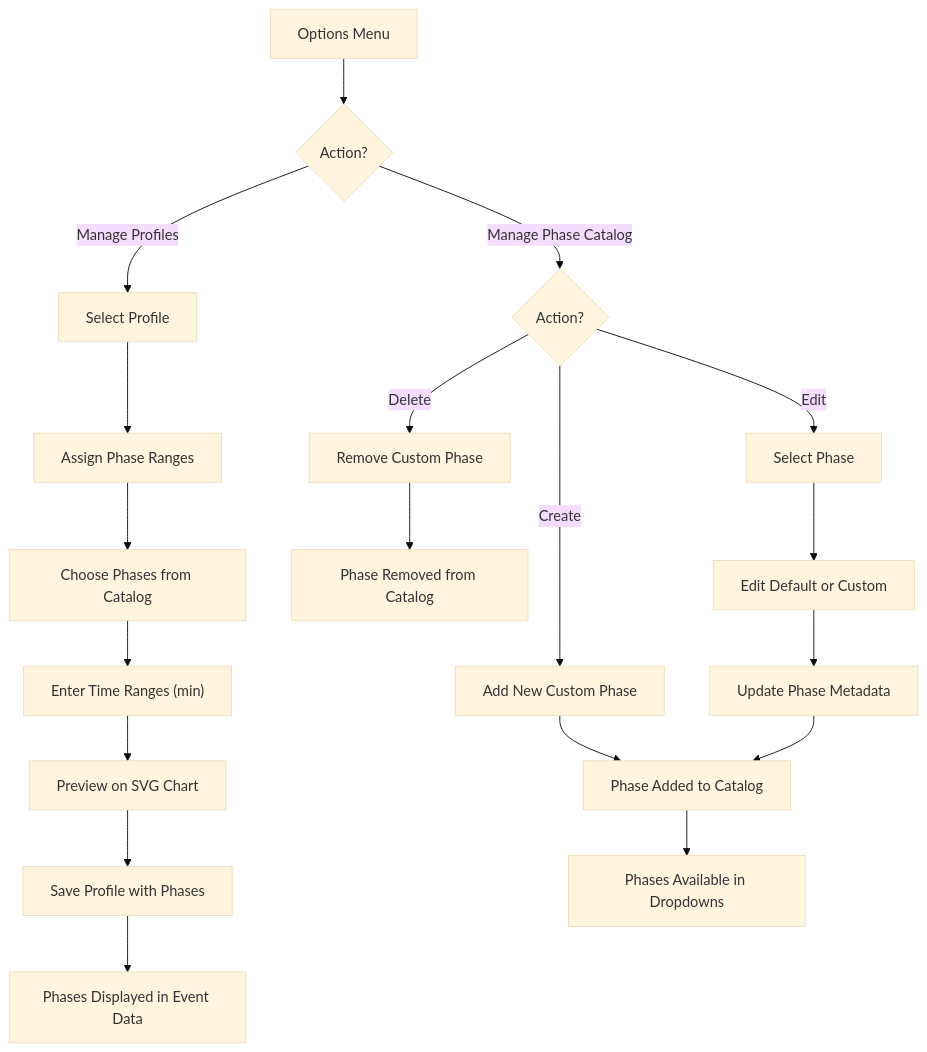
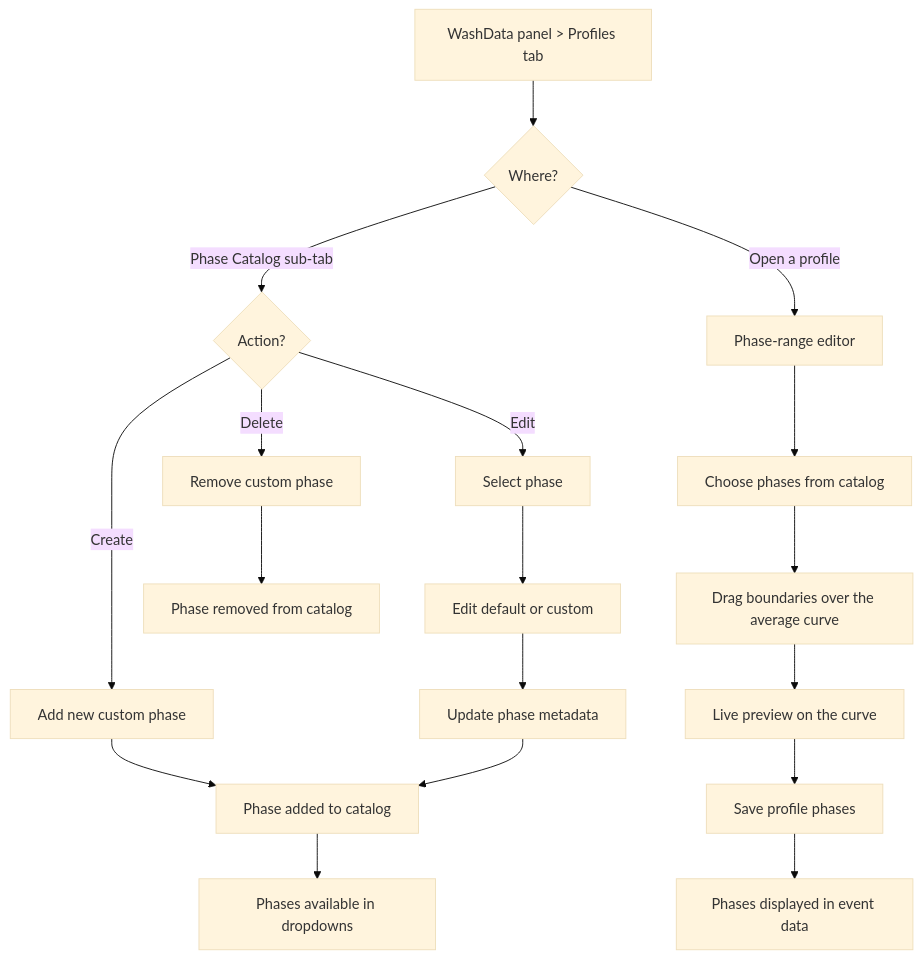
The seventh of 7 diagrams in IMPLEMENTATION.md (3dg1luk43/ha_washdata), drawn with Mermaid (base theme) before and after one commit. The commit also changed other lines of this file and 26 other files, not shown here.

````diff
--- a/IMPLEMENTATION.md
+++ b/IMPLEMENTATION.md
@@ -696,25 +698,24 @@
 ```mermaid
 graph TD
-    A["Options Menu"] --> B{Action?}
+    A["WashData panel > Profiles tab"] --> B{Where?}
     
-    B -- "Manage Phase Catalog" --> D{Action?}
-    D -- "Create" --> E["Add New Custom Phase"]
-    D -- "Edit" --> F["Select Phase"]
-    F --> G["Edit Default or Custom"]
-    G --> H["Update Phase Metadata"]
-    D -- "Delete" --> I["Remove Custom Phase"]
+    B -- "Phase Catalog sub-tab" --> D{Action?}
+    D -- "Create" --> E["Add new custom phase"]
+    D -- "Edit" --> F["Select phase"]
+    F --> G["Edit default or custom"]
+    G --> H["Update phase metadata"]
+    D -- "Delete" --> I["Remove custom phase"]
     
-    E --> J["Phase Added to Catalog"]
+    E --> J["Phase added to catalog"]
     H --> J
-    I --> K["Phase Removed from Catalog"]
+    I --> K["Phase removed from catalog"]
     
-    B -- "Manage Profiles" --> L["Select Profile"]
-    L --> M["Assign Phase Ranges"]
-    M --> N["Choose Phases from Catalog"]
-    N --> O["Enter Time Ranges (min)"]
-    O --> P["Preview on SVG Chart"]
-    P --> Q["Save Profile with Phases"]
+    B -- "Open a profile" --> L["Phase-range editor"]
+    L --> N["Choose phases from catalog"]
+    N --> O["Drag boundaries over the average curve"]
+    O --> P["Live preview on the curve"]
+    P --> Q["Save profile phases"]
     
-    J --> R["Phases Available in Dropdowns"]
-    Q --> S["Phases Displayed in Event Data"]
+    J --> R["Phases available in dropdowns"]
+    Q --> S["Phases displayed in event data"]
 ```
````
